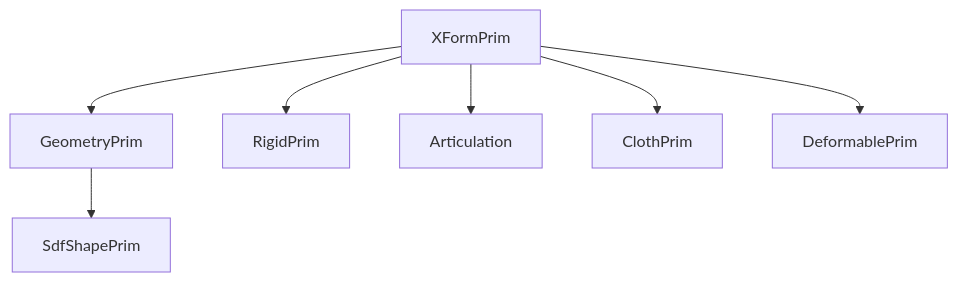
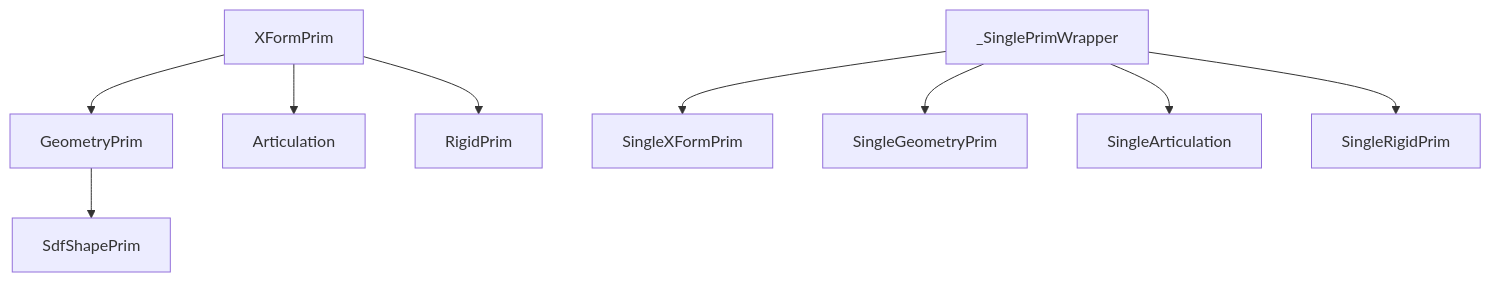
One commit to stevenf7/IsaacSim changed the diagram in source/deprecated/isaacsim.core.prims/docs/Overview.md. Above: the diagram before and after it, drawn with Mermaid. The commit also changed other lines of this file and 326 other files, not shown here.

````diff
--- a/source/deprecated/isaacsim.core.prims/docs/Overview.md
+++ b/source/deprecated/isaacsim.core.prims/docs/Overview.md
@@ -11,10 +15,12 @@
 ```{mermaid}
 graph TD
     %% Inheritance relationships
     XFormPrim --> GeometryPrim
+    XFormPrim --> Articulation
     XFormPrim --> RigidPrim
-    XFormPrim --> Articulation
-    XFormPrim --> ClothPrim
-    XFormPrim --> DeformablePrim
     GeometryPrim --> SdfShapePrim
+    _SinglePrimWrapper --> SingleXFormPrim
+    _SinglePrimWrapper --> SingleGeometryPrim
+    _SinglePrimWrapper --> SingleArticulation
+    _SinglePrimWrapper --> SingleRigidPrim
 ```
````
